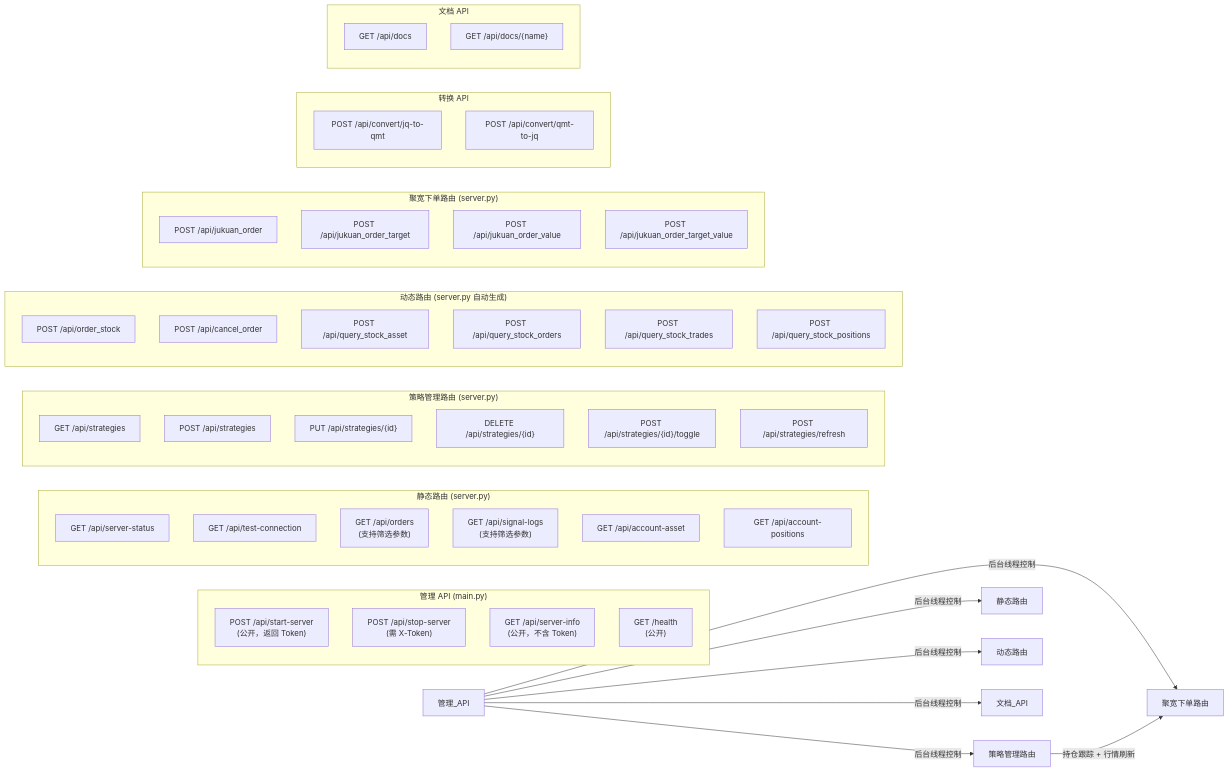
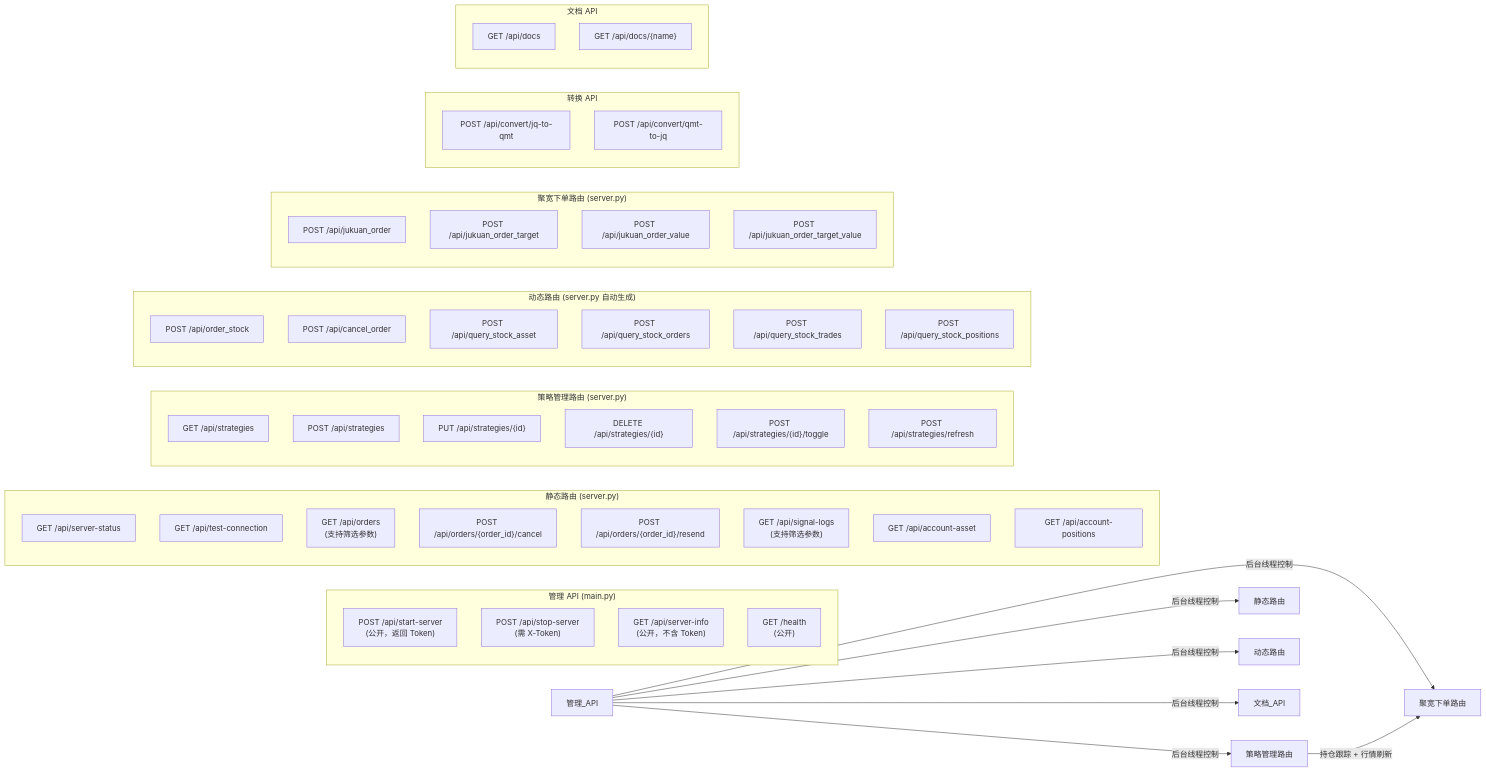
One commit to Dada-liu/QMT-Live-Assistant changed the fifth of 5 diagrams in product-doc/IMPLEMENTATION_PLAN.md. Above: the diagram before and after it, drawn with Mermaid. The commit also changed other lines of this file and 25 other files, not shown here.

````diff
--- a/product-doc/IMPLEMENTATION_PLAN.md
+++ b/product-doc/IMPLEMENTATION_PLAN.md
@@ -327,60 +327,62 @@
 ```mermaid
 graph LR
     subgraph "管理 API (main.py)"
         START["POST /api/start-server<br/>(公开，返回 Token)"]
         STOP["POST /api/stop-server<br/>(需 X-Token)"]
         INFO["GET /api/server-info<br/>(公开，不含 Token)"]
         HEALTH["GET /health<br/>(公开)"]
     end
 
     subgraph "静态路由 (server.py)"
         STATUS["GET /api/server-status"]
         CONN["GET /api/test-connection"]
         ORDERS["GET /api/orders<br/>(支持筛选参数)"]
+        ORDER_CANCEL["POST /api/orders/{order_id}/cancel"]
+        ORDER_RESEND["POST /api/orders/{order_id}/resend"]
         SIG_LOGS["GET /api/signal-logs<br/>(支持筛选参数)"]
         ASSET["GET /api/account-asset"]
         POS["GET /api/account-positions"]
     end
 
     subgraph "策略管理路由 (server.py)"
         S_LIST["GET /api/strategies"]
         S_CREATE["POST /api/strategies"]
         S_UPDATE["PUT /api/strategies/{id}"]
         S_DELETE["DELETE /api/strategies/{id}"]
         S_TOGGLE["POST /api/strategies/{id}/toggle"]
         S_REFRESH["POST /api/strategies/refresh"]
     end
 
     subgraph "动态路由 (server.py 自动生成)"
         D1["POST /api/order_stock"]
         D2["POST /api/cancel_order"]
         D3["POST /api/query_stock_asset"]
         D4["POST /api/query_stock_orders"]
         D5["POST /api/query_stock_trades"]
         D6["POST /api/query_stock_positions"]
     end
 
     subgraph "聚宽下单路由 (server.py)"
         JK1["POST /api/jukuan_order"]
         JK2["POST /api/jukuan_order_target"]
         JK3["POST /api/jukuan_order_value"]
         JK4["POST /api/jukuan_order_target_value"]
     end
 
     subgraph "转换 API"
         JQ["POST /api/convert/jq-to-qmt"]
         QJ["POST /api/convert/qmt-to-jq"]
     end
 
     subgraph "文档 API"
         DOC_LIST["GET /api/docs"]
         DOC_GET["GET /api/docs/{name}"]
     end
 
     管理_API -->|"后台线程控制"| 策略管理路由
     管理_API -->|"后台线程控制"| 静态路由
     管理_API -->|"后台线程控制"| 动态路由
     管理_API -->|"后台线程控制"| 聚宽下单路由
     管理_API -->|"后台线程控制"| 文档_API
     策略管理路由 -->|"持仓跟踪 + 行情刷新"| 聚宽下单路由
 ```
````
